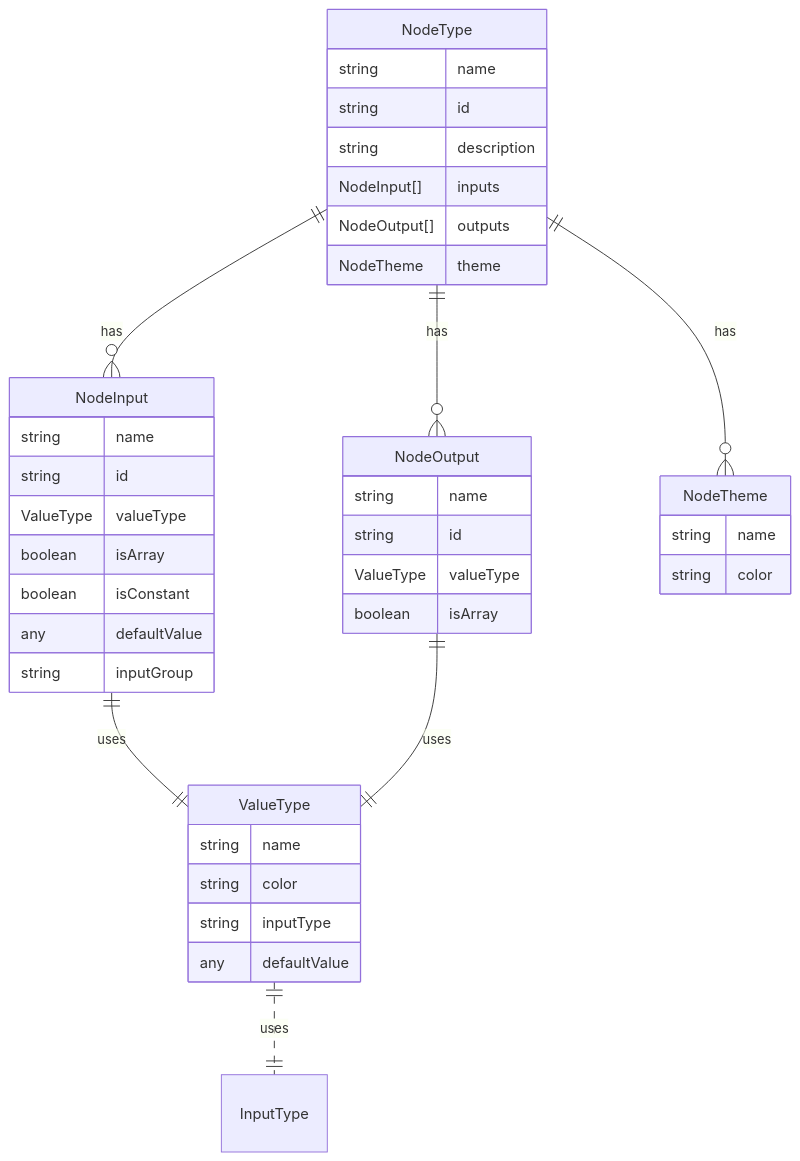
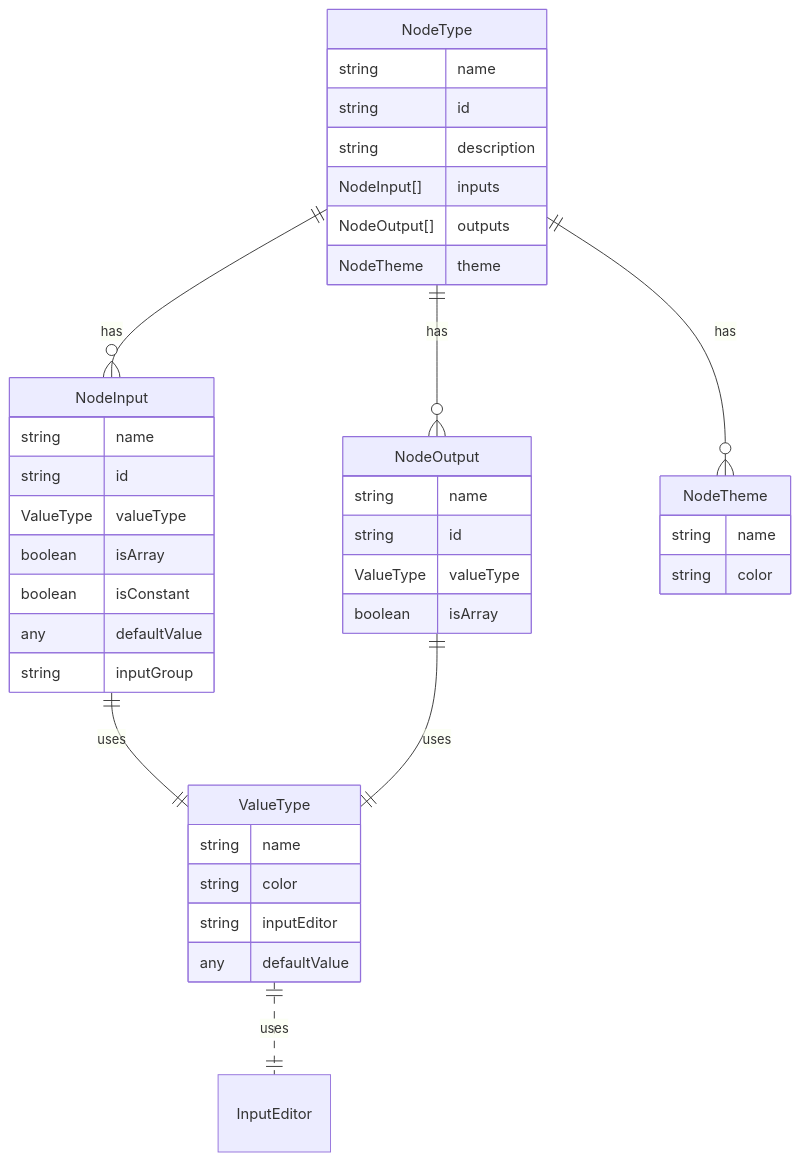
Before and after one commit to clarkmcc/ngraph: the diagram in DOCUMENTATION.md, drawn with Mermaid. The commit also changed 7 other files, not shown here.

Commit message:
inputType as inputEditor

````diff
--- a/DOCUMENTATION.md
+++ b/DOCUMENTATION.md
@@ -3,43 +3,43 @@
 ```mermaid
 
 erDiagram
     NodeType ||--o{ NodeInput : has
     NodeType ||--o{ NodeOutput : has
     NodeType ||--o{ NodeTheme : has
     NodeInput ||--|| ValueType : uses
     NodeOutput ||--|| ValueType : uses
-    ValueType ||..|| InputType : uses
+    ValueType ||..|| InputEditor : uses
     NodeInput{
         string name
         string id
         ValueType valueType
         boolean isArray
         boolean isConstant
         any defaultValue
         string inputGroup
     }
     NodeOutput{
         string name
         string id
         ValueType valueType
         boolean isArray
     }
     NodeTheme{
         string name
         string color
     }
     NodeType{
         string name
         string id
         string description
         NodeInput[] inputs
         NodeOutput[] outputs
         NodeTheme theme
     }
     ValueType{
         string name
         string color
-        string inputType
+        string inputEditor
         any defaultValue
     }
 ```
````
